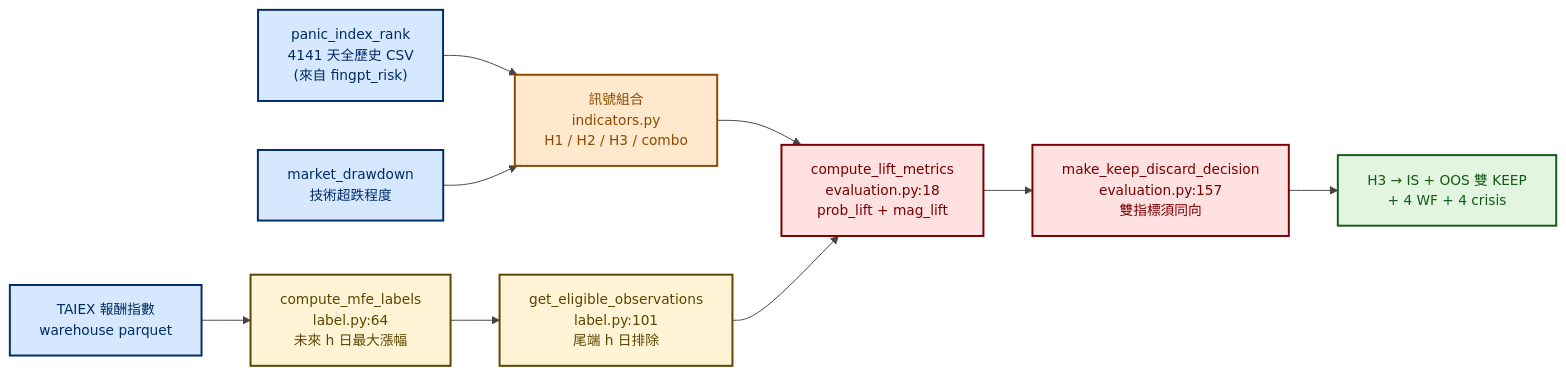
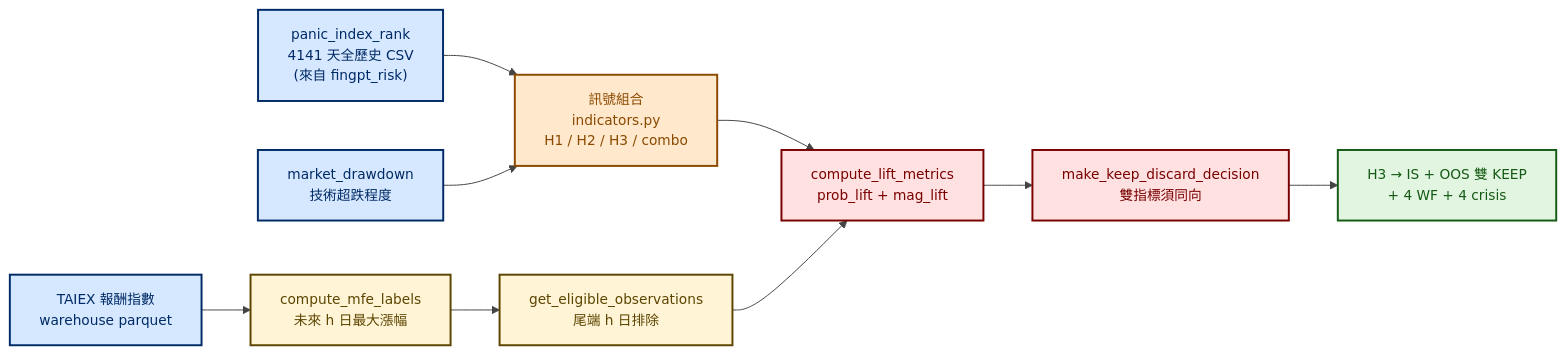
One commit to Jang-jhih/quant-interview-prep changed the first of 4 diagrams in flowcharts/market_risk_studies/fingpt_panic_rebound.md. Above: the diagram before and after it, drawn with Mermaid. The commit also changed other lines of this file and 12 other files, not shown here.

````diff
--- a/flowcharts/market_risk_studies/fingpt_panic_rebound.md
+++ b/flowcharts/market_risk_studies/fingpt_panic_rebound.md
@@ -46,29 +46,29 @@
 ```mermaid
 %%{init: {'theme':'base', 'themeVariables': {'primaryColor':'#ececec','primaryTextColor':'#1a1a1a','primaryBorderColor':'#666666','lineColor':'#444444','fontSize':'14px'}}}%%
 flowchart LR
     classDef source fill:#d6e8ff,stroke:#002b66,stroke-width:2px,color:#002b66
     classDef signal fill:#ffe8cc,stroke:#8a4a00,stroke-width:2px,color:#8a4a00
     classDef label fill:#fff4d6,stroke:#5c4500,stroke-width:2px,color:#5c4500
     classDef eval fill:#ffe1e1,stroke:#7a0000,stroke-width:2px,color:#7a0000
     classDef keep fill:#e1f5e1,stroke:#145a14,stroke-width:2px,color:#145a14
 
     PANIC["panic_index_rank<br/>4141 天全歷史 CSV<br/>(來自 fingpt_risk)"]:::source
     TAIEX["TAIEX 報酬指數<br/>warehouse parquet"]:::source
     DD["market_drawdown<br/>技術超跌程度"]:::source
 
     SIG["訊號組合<br/>indicators.py<br/>H1 / H2 / H3 / combo"]:::signal
-    MFE["compute_mfe_labels<br/>label.py:64<br/>未來 h 日最大漲幅"]:::label
-    ELIG["get_eligible_observations<br/>label.py:101<br/>尾端 h 日排除"]:::label
+    MFE["compute_mfe_labels<br/>未來 h 日最大漲幅"]:::label
+    ELIG["get_eligible_observations<br/>尾端 h 日排除"]:::label
 
-    LIFT["compute_lift_metrics<br/>evaluation.py:18<br/>prob_lift + mag_lift"]:::eval
-    DEC["make_keep_discard_decision<br/>evaluation.py:157<br/>雙指標須同向"]:::eval
+    LIFT["compute_lift_metrics<br/>prob_lift + mag_lift"]:::eval
+    DEC["make_keep_discard_decision<br/>雙指標須同向"]:::eval
 
     OUT["H3 → IS + OOS 雙 KEEP<br/>+ 4 WF + 4 crisis"]:::keep
 
     PANIC --> SIG
     DD --> SIG
     TAIEX --> MFE
     SIG --> LIFT
     MFE --> ELIG --> LIFT
     LIFT --> DEC --> OUT
 ```
````
